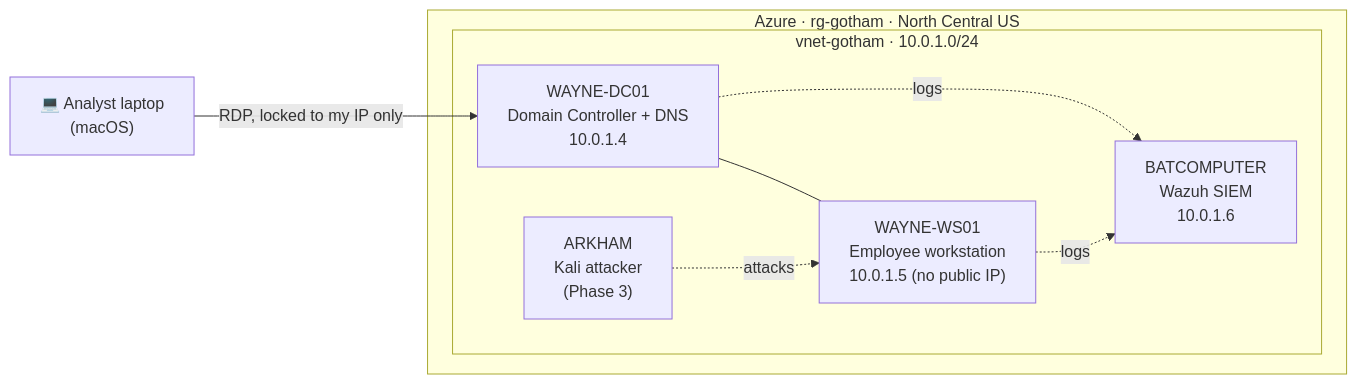
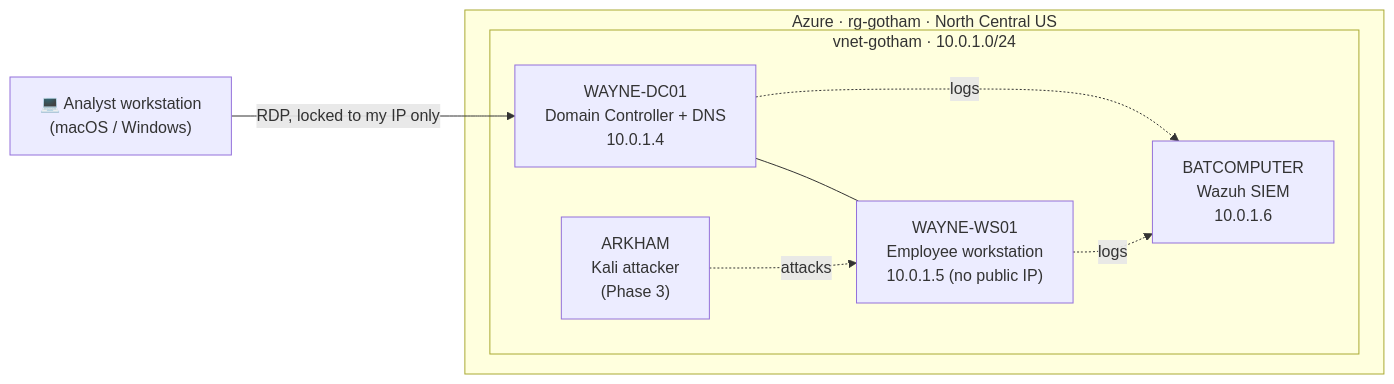
Before and after one commit to surenadehghan/wayne-enterprises-soc-lab: the diagram in README.md, drawn with Mermaid. The commit also changed other lines of this file and 1 other file, not shown here.

First line of the commit message:
Add Working from Windows guide; note Phases 3-5 run from a Windows PC

````diff
--- a/README.md
+++ b/README.md
@@ -13,18 +13,18 @@
 ```mermaid
 flowchart LR
-  you["💻 Analyst laptop<br/>(macOS)"] -->|"RDP, locked to my IP only"| dc
+  you["💻 Analyst workstation<br/>(macOS / Windows)"] -->|"RDP, locked to my IP only"| dc
 
   subgraph azure["Azure · rg-gotham · North Central US"]
     subgraph vnet["vnet-gotham · 10.0.1.0/24"]
       dc["WAYNE-DC01<br/>Domain Controller + DNS<br/>10.0.1.4"]
       ws["WAYNE-WS01<br/>Employee workstation<br/>10.0.1.5 (no public IP)"]
       bat["BATCOMPUTER<br/>Wazuh SIEM<br/>10.0.1.6"]
       kali["ARKHAM<br/>Kali attacker<br/>(Phase 3)"]
     end
   end
 
   dc --- ws
   ws -.->|logs| bat
   dc -.->|logs| bat
   kali -.->|attacks| ws
 ```
````
